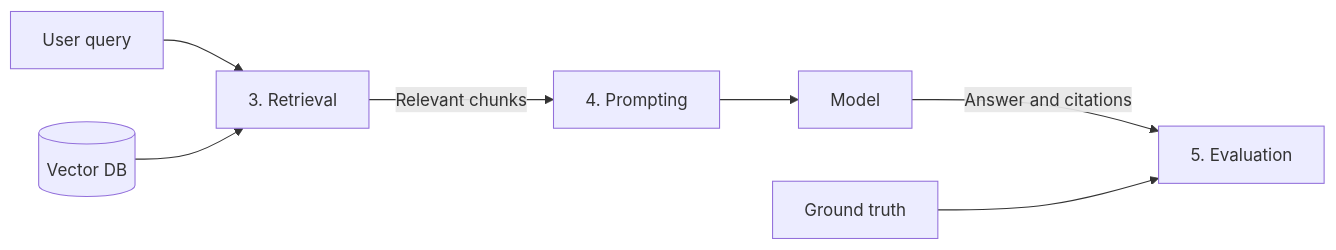
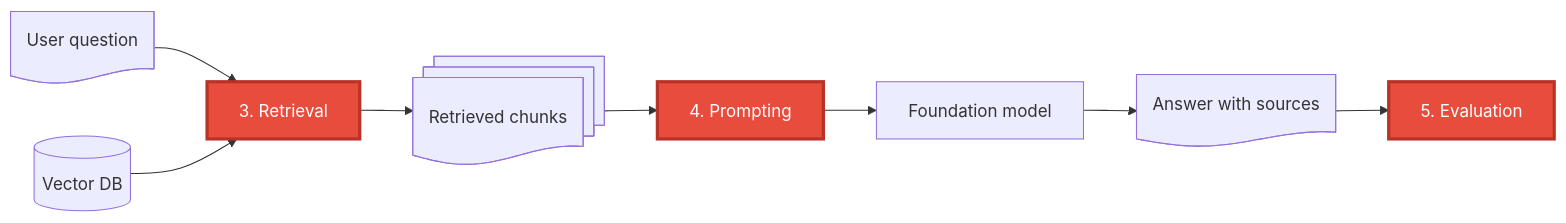
Before and after one commit to w4bo/AA2627-unibo-dcai: the fourth of 20 diagrams in slides/02-rag.qmd, drawn with Mermaid. The commit also changed other lines of this file and 2 other files, not shown here.

````diff
--- a/slides/02-rag.qmd
+++ b/slides/02-rag.qmd
@@ -307,10 +303,14 @@
 ```{mermaid}
 %%| echo: false
 flowchart LR
-  Q[User query] --> R[3. Retrieval]
+  Q@{ shape: doc, label: "User question" } --> R[3. Retrieval]
   I[(Vector DB)] --> R
-  R -->|Relevant chunks| X[4. Prompting]
-  X --> G[Model]
-  G -->|Answer and citations| E
-  GT[Ground truth] --> E[5. Evaluation]
+  R --> C@{ shape: docs, label: "Retrieved chunks" }
+  C --> P[4. Prompting]
+  P --> M[Foundation model]
+  M --> A@{ shape: doc, label: "Answer with sources" }
+  A --> V[5. Evaluation]
+
+  classDef focus fill:#e74c3c,color:#fff,stroke:#b83227,stroke-width:3px
+  class R,P,V focus
 ```
````
